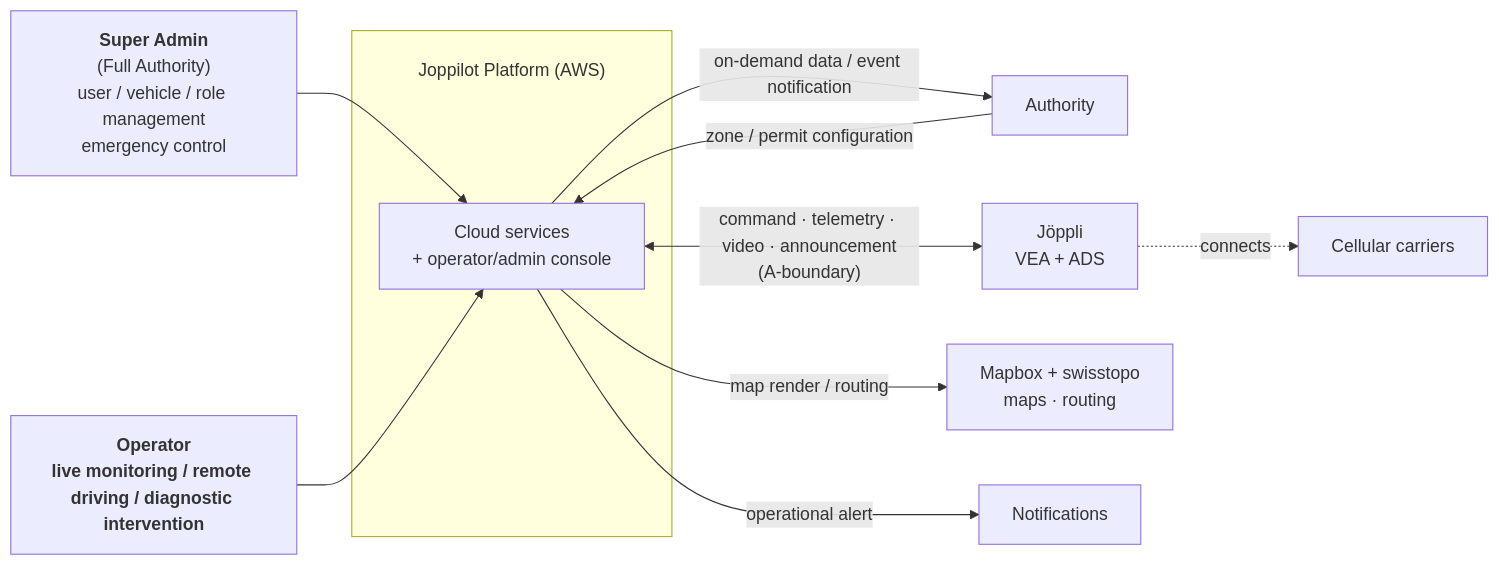
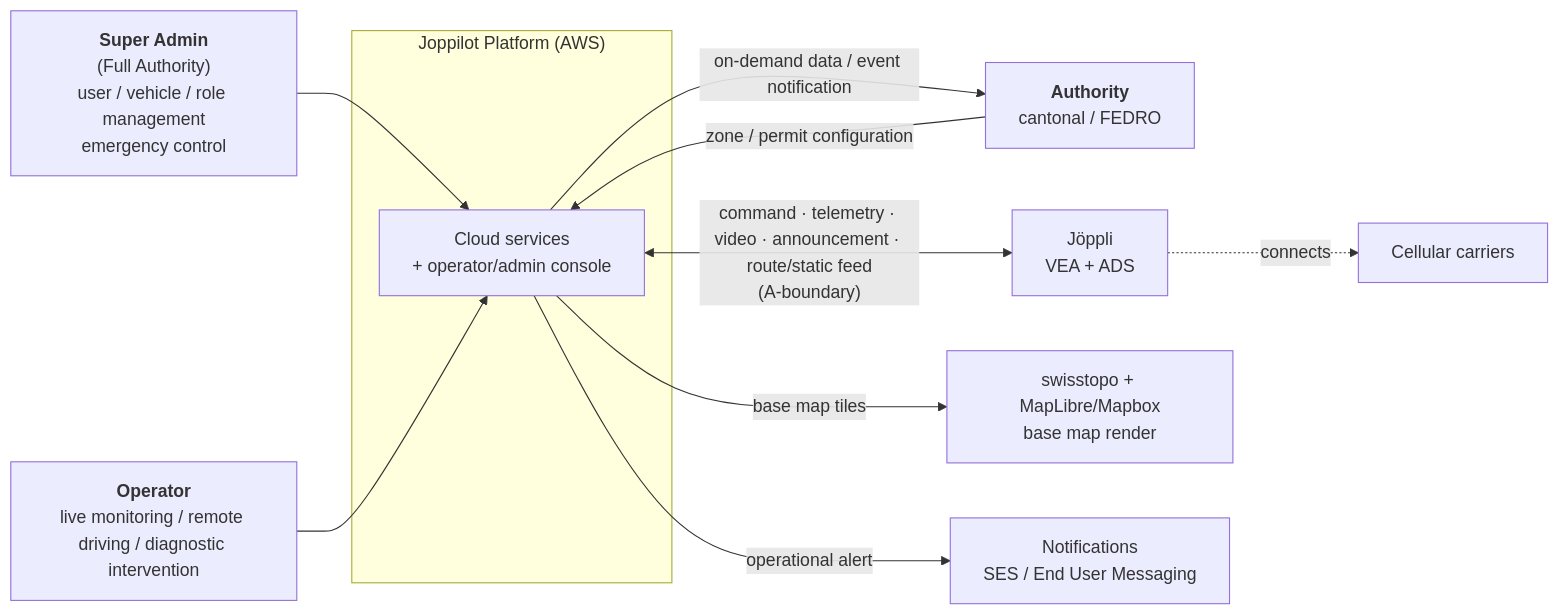
Before and after one commit to joeppli/joppilot: the first of 7 diagrams in .claude/joppilot_software_architecture.md, drawn with Mermaid. The commit also changed other lines of this file and 1 other file, not shown here.

````diff
--- a/.claude/joppilot_software_architecture.md
+++ b/.claude/joppilot_software_architecture.md
@@ -23,23 +23,23 @@
 ```mermaid
 flowchart LR
     OP["<b>Super Admin</b><br/>(Full Authority)<br/>user / vehicle / role management<br/>emergency control"]
-    SA["<b/>Operator<br/>live monitoring / remote driving / diagnostic intervention"]
-    AUTH["Authority<br/>"]
+    SA["<b>Operator</b><br/>live monitoring / remote driving / diagnostic intervention"]
+    AUTH["<b>Authority</b><br/>cantonal / FEDRO"]
 
-    subgraph JOP["<br/>Joppilot Platform (AWS)"]
+    subgraph JOP["Joppilot Platform (AWS)"]
       CORE["Cloud services<br/>+ operator/admin console"]
     end
 
     VEH["Jöppli<br/>VEA + ADS"]
     CELL["Cellular carriers"]
-    MAP["Mapbox + swisstopo<br/>maps · routing"]
-    MSG["Notifications<br/>"]
+    MAP["swisstopo + MapLibre/Mapbox<br/>base map render"]
+    MSG["Notifications<br/>SES / End User Messaging"]
     OP --> CORE
     SA --> CORE
     CORE -->|"on-demand data / event notification"| AUTH
     AUTH -->|"zone / permit configuration"| CORE
-    CORE <-->|"command · telemetry · video · announcement<br/>(A-boundary)"| VEH
+    CORE <-->|"command · telemetry · video · announcement · route/static feed<br/>(A-boundary)"| VEH
     VEH -.->|"connects"| CELL
-    CORE -->|"map render / routing"| MAP
+    CORE -->|"base map tiles"| MAP
     CORE -->|"operational alert"| MSG
 ```
````
